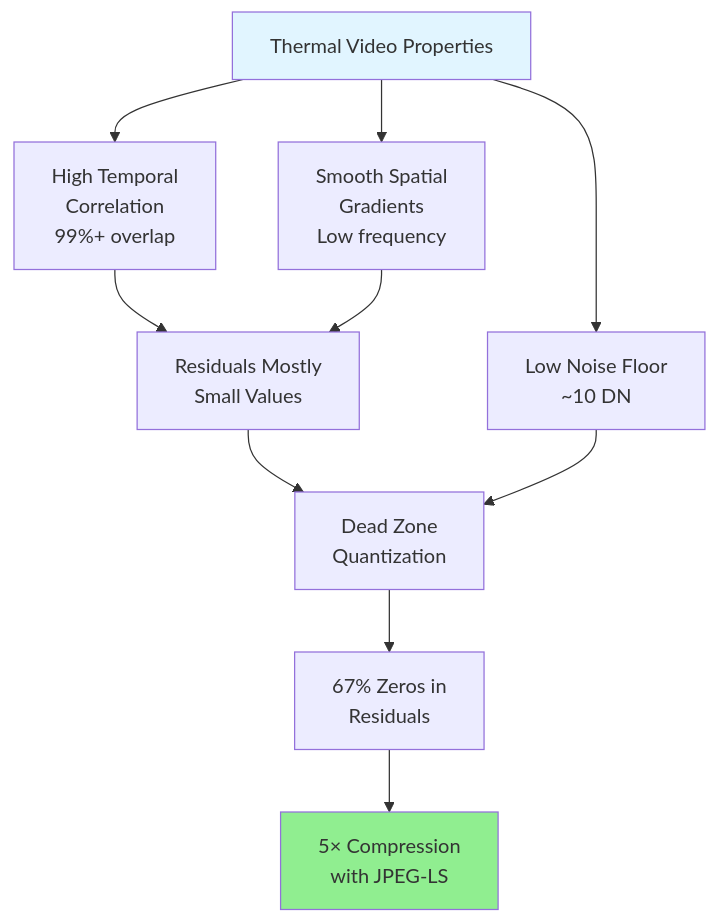
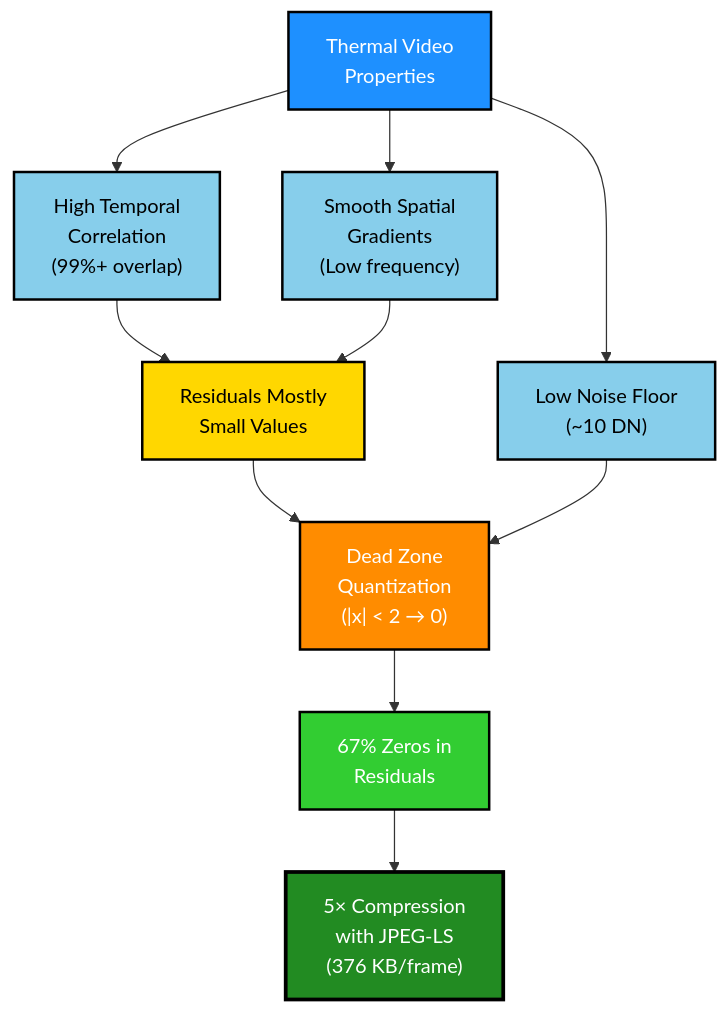
Before and after one commit to ceresimaging/lwir-compress: the third of 3 diagrams in README.md, drawn with Mermaid. The commit also changed other lines of this file, not shown here.

First line of the commit message:
Improve diagram contrast and add stacked frame visualization

````diff
--- a/README.md
+++ b/README.md
@@ -196,19 +218,25 @@
 ```mermaid
 graph TD
-    A[Thermal Video Properties] --> B[High Temporal<br/>Correlation<br/>99%+ overlap]
-    A --> C[Smooth Spatial<br/>Gradients<br/>Low frequency]
-    A --> D[Low Noise Floor<br/>~10 DN]
+    A["Thermal Video<br/>Properties"] --> B["High Temporal<br/>Correlation<br/>(99%+ overlap)"]
+    A --> C["Smooth Spatial<br/>Gradients<br/>(Low frequency)"]
+    A --> D["Low Noise Floor<br/>(~10 DN)"]
 
-    B --> E[Residuals Mostly<br/>Small Values]
+    B --> E["Residuals Mostly<br/>Small Values"]
     C --> E
 
-    E --> F[Dead Zone<br/>Quantization]
+    E --> F["Dead Zone<br/>Quantization<br/>(|x| < 2 → 0)"]
     D --> F
 
-    F --> G[67% Zeros in<br/>Residuals]
+    F --> G["67% Zeros in<br/>Residuals"]
 
-    G --> H[5× Compression<br/>with JPEG-LS]
+    G --> H["5× Compression<br/>with JPEG-LS<br/>(376 KB/frame)"]
 
-    style A fill:#e1f5ff
-    style H fill:#90ee90
+    style A fill:#1e90ff,stroke:#000,stroke-width:2px,color:#fff
+    style B fill:#87ceeb,stroke:#000,stroke-width:2px,color:#000
+    style C fill:#87ceeb,stroke:#000,stroke-width:2px,color:#000
+    style D fill:#87ceeb,stroke:#000,stroke-width:2px,color:#000
+    style E fill:#ffd700,stroke:#000,stroke-width:2px,color:#000
+    style F fill:#ff8c00,stroke:#000,stroke-width:2px,color:#fff
+    style G fill:#32cd32,stroke:#000,stroke-width:2px,color:#fff
+    style H fill:#228b22,stroke:#000,stroke-width:3px,color:#fff
 ```
````
